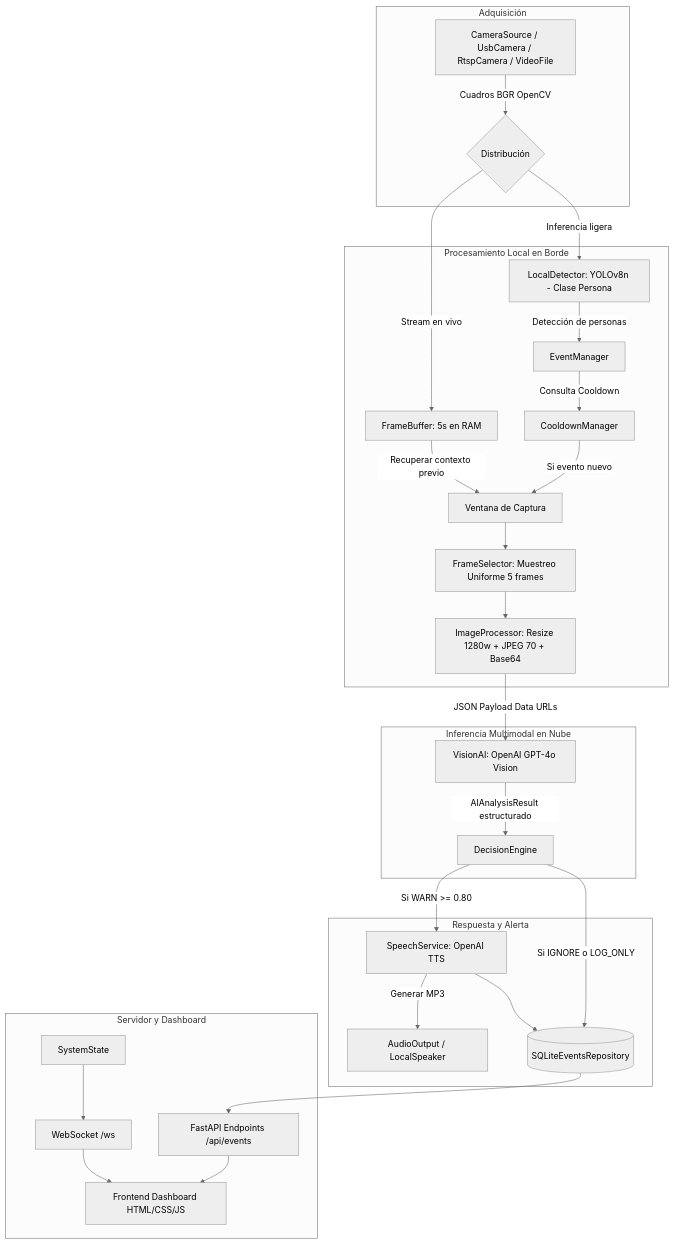
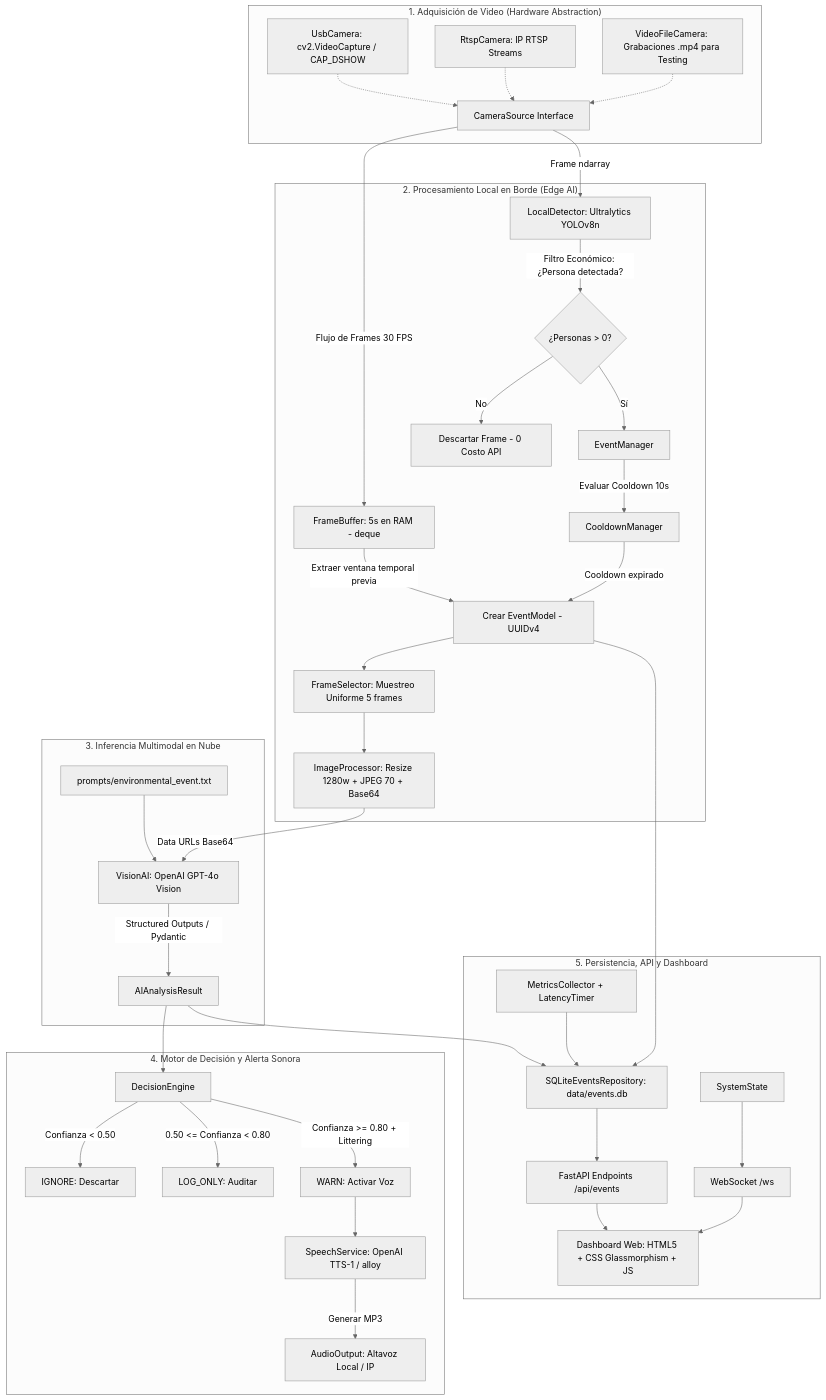
Before and after one commit to dppablito4-oss/proyecto-cyt-huallaga-unheval-2026-ii: the diagram in docs/ARQUITECTURA_DETALLADA.md, drawn with Mermaid (neutral theme). The commit also changed other lines of this file and 2 other files, not shown here.

````diff
--- a/docs/ARQUITECTURA_DETALLADA.md
+++ b/docs/ARQUITECTURA_DETALLADA.md
@@ -25,36 +68,50 @@
 ```mermaid
 flowchart TD
-    subgraph Adquisición
-        CAM[CameraSource / UsbCamera / RtspCamera / VideoFile] -->|Cuadros BGR OpenCV| SPLIT{Distribución}
+    subgraph Capa_Adquisicion ["1. Adquisición de Video (Hardware Abstraction)"]
+        CAM[CameraSource Interface]
+        USB[UsbCamera: cv2.VideoCapture / CAP_DSHOW]
+        RTSP[RtspCamera: IP RTSP Streams]
+        VID[VideoFileCamera: Grabaciones .mp4 para Testing]
+        USB -.-> CAM
+        RTSP -.-> CAM
+        VID -.-> CAM
     end
 
-    subgraph Procesamiento Local en Borde
-        SPLIT -->|Stream en vivo| FB[FrameBuffer: 5s en RAM]
-        SPLIT -->|Inferencia ligera| YOLO[LocalDetector: YOLOv8n - Clase Persona]
-        YOLO -->|Detección de personas| EM[EventManager]
-        EM -->|Consulta Cooldown| CD[CooldownManager]
-        CD -->|Si evento nuevo| REC[Ventana de Captura]
-        FB -->|Recuperar contexto previo| REC
-        REC --> FS[FrameSelector: Muestreo Uniforme 5 frames]
+    subgraph Capa_Borde ["2. Procesamiento Local en Borde (Edge AI)"]
+        CAM -->|Flujo de Frames 30 FPS| FB[FrameBuffer: 5s en RAM - deque]
+        CAM -->|Frame ndarray| YOLO[LocalDetector: Ultralytics YOLOv8n]
+        YOLO -->|Filtro Económico: ¿Persona detectada?| DET{¿Personas > 0?}
+        DET -- No --> DISCARD[Descartar Frame - 0 Costo API]
+        DET -- Sí --> EM[EventManager]
+        EM -->|Evaluar Cooldown 10s| CD[CooldownManager]
+        CD -->|Cooldown expirado| EVENT[Crear EventModel - UUIDv4]
+        FB -->|Extraer ventana temporal previa| EVENT
+        EVENT --> FS[FrameSelector: Muestreo Uniforme 5 frames]
         FS --> IP[ImageProcessor: Resize 1280w + JPEG 70 + Base64]
     end
 
-    subgraph Inferencia Multimodal en Nube
-        IP -->|JSON Payload Data URLs| VAI[VisionAI: OpenAI GPT-4o Vision]
-        VAI -->|AIAnalysisResult estructurado| DE[DecisionEngine]
+    subgraph Capa_Inferencia ["3. Inferencia Multimodal en Nube"]
+        IP -->|Data URLs Base64| VAI[VisionAI: OpenAI GPT-4o Vision]
+        PROMPT[prompts/environmental_event.txt] --> VAI
+        VAI -->|Structured Outputs / Pydantic| RES[AIAnalysisResult]
     end
 
-    subgraph Respuesta y Alerta
-        DE -->|Si WARN >= 0.80| TTS[SpeechService: OpenAI TTS]
-        TTS -->|Generar MP3| SPK[AudioOutput / LocalSpeaker]
-        DE -->|Si IGNORE o LOG_ONLY| DB[(SQLiteEventsRepository)]
-        TTS --> DB
+    subgraph Capa_Decision_Alerta ["4. Motor de Decisión y Alerta Sonora"]
+        RES --> DE[DecisionEngine]
+        DE -->|Confianza < 0.50| IGNORE[IGNORE: Descartar]
+        DE -->|0.50 <= Confianza < 0.80| LOG[LOG_ONLY: Auditar]
+        DE -->|Confianza >= 0.80 + Littering| WARN[WARN: Activar Voz]
+        WARN --> TTS[SpeechService: OpenAI TTS-1 / alloy]
+        TTS -->|Generar MP3| SPK[AudioOutput: Altavoz Local / IP]
     end
 
-    subgraph Servidor y Dashboard
-        DB --> API[FastAPI Endpoints /api/events]
-        SYS[SystemState] --> WS[WebSocket /ws]
-        WS --> UI[Frontend Dashboard HTML/CSS/JS]
+    subgraph Capa_Persistencia_UI ["5. Persistencia, API y Dashboard"]
+        EVENT --> REPO[SQLiteEventsRepository: data/events.db]
+        RES --> REPO
+        METRICS[MetricsCollector + LatencyTimer] --> REPO
+        REPO --> API[FastAPI Endpoints /api/events]
+        STATE[SystemState] --> WS[WebSocket /ws]
+        WS --> UI[Dashboard Web: HTML5 + CSS Glassmorphism + JS]
         API --> UI
     end
 ```
````
